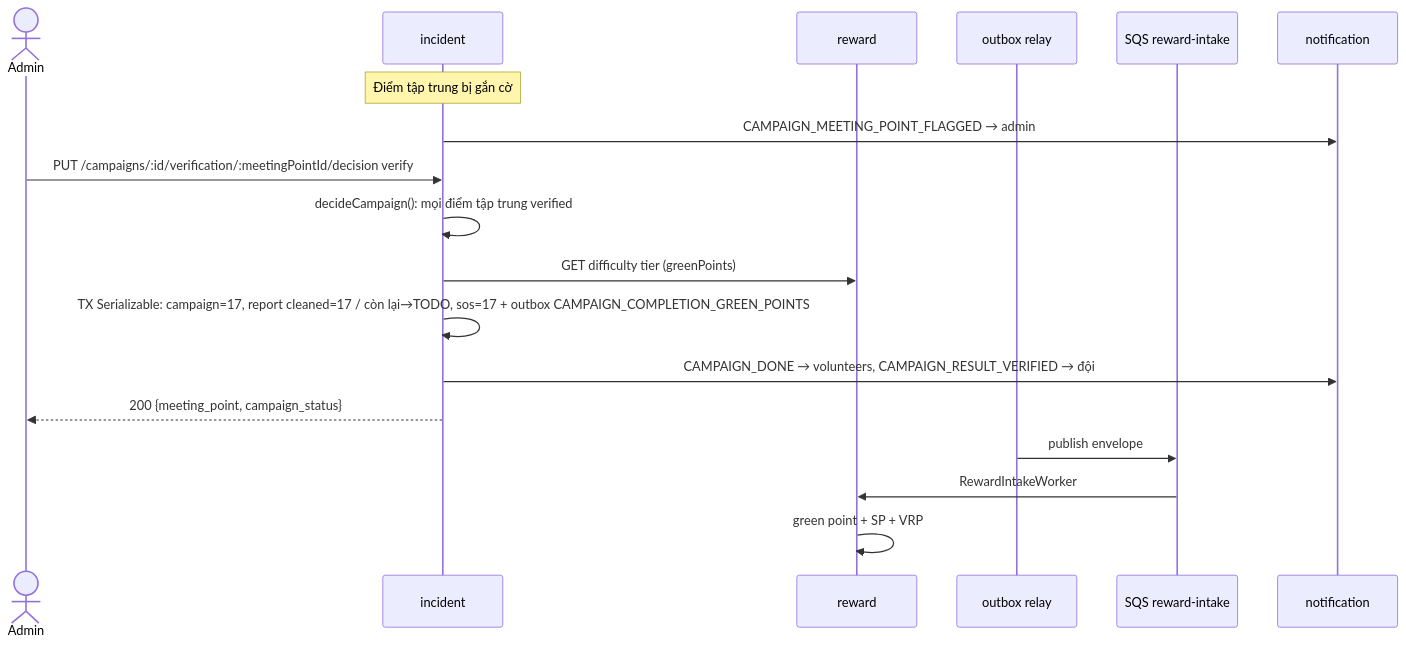
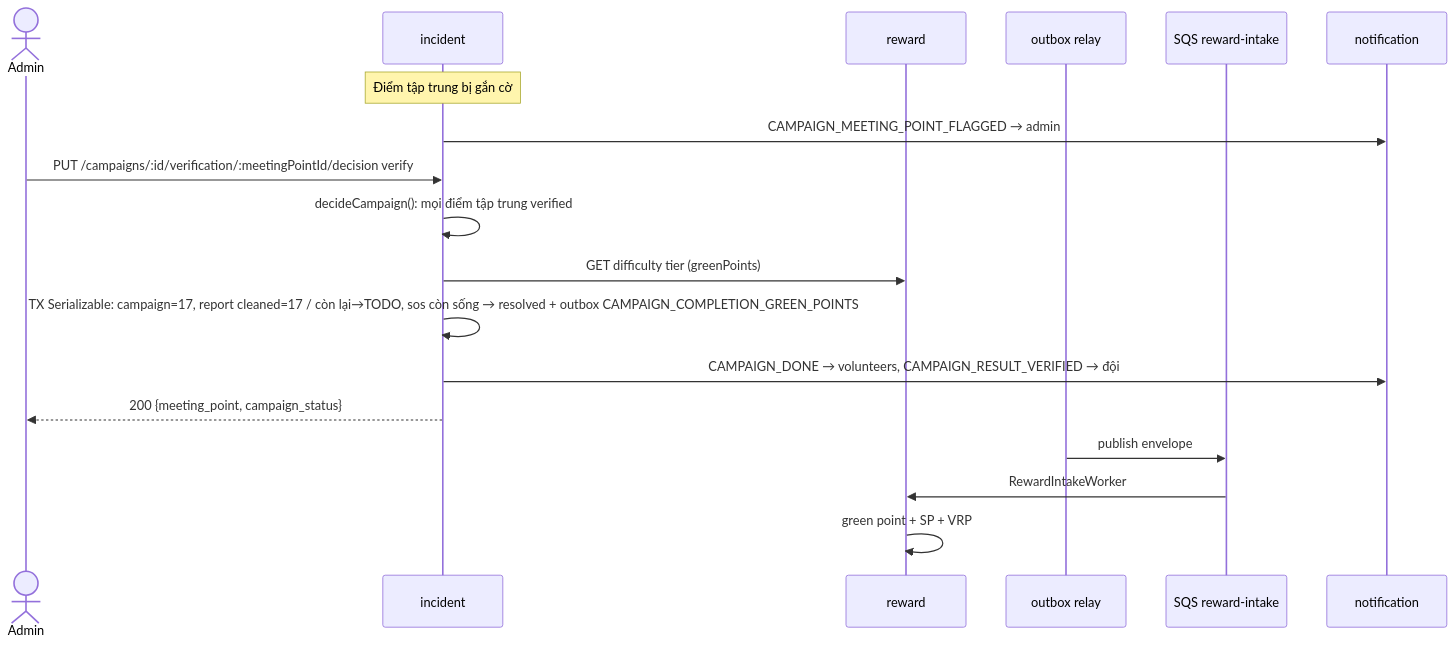
Before and after one commit to DOAN2-UQT-KN/ecolink-docs: diagram 23 of 29 in 02-business-flows.md, drawn with Mermaid. The commit also changed other lines of this file and 10 other files, not shown here.

Commit message:
docs: SOS bản 2 — 3 loại SOS, ai được phát, thông báo theo mức ưu tiên và leo thang, Tôi tới giúp kèm bộ đếm, vòng đời open/helping/resolved/expired/escalated, Sẵn sàng hỗ trợ SOS; bảng sos_responders, sos_deliveries, volunteer_availabilities; 12 kind SOS_*; mã lỗi SOS_*; BR-190–199, BR-410–428

````diff
--- a/02-business-flows.md
+++ b/02-business-flows.md
@@ -980,20 +1017,20 @@
 ```mermaid
 sequenceDiagram
   actor A as Admin
   participant INC as incident
   participant RW as reward
   participant RL as outbox relay
   participant Q as SQS reward-intake
   participant NS as notification
   Note over INC: Điểm tập trung bị gắn cờ
   INC->>NS: CAMPAIGN_MEETING_POINT_FLAGGED → admin
   A->>INC: PUT /campaigns/:id/verification/:meetingPointId/decision verify
   INC->>INC: decideCampaign(): mọi điểm tập trung verified
   INC->>RW: GET difficulty tier (greenPoints)
-  INC->>INC: TX Serializable: campaign=17, report cleaned=17 / còn lại→TODO, sos=17 + outbox CAMPAIGN_COMPLETION_GREEN_POINTS
+  INC->>INC: TX Serializable: campaign=17, report cleaned=17 / còn lại→TODO, sos còn sống → resolved + outbox CAMPAIGN_COMPLETION_GREEN_POINTS
   INC->>NS: CAMPAIGN_DONE → volunteers, CAMPAIGN_RESULT_VERIFIED → đội
   INC-->>A: 200 {meeting_point, campaign_status}
   RL->>Q: publish envelope
   Q->>RW: RewardIntakeWorker
   RW->>RW: green point + SP + VRP
 ```
````
